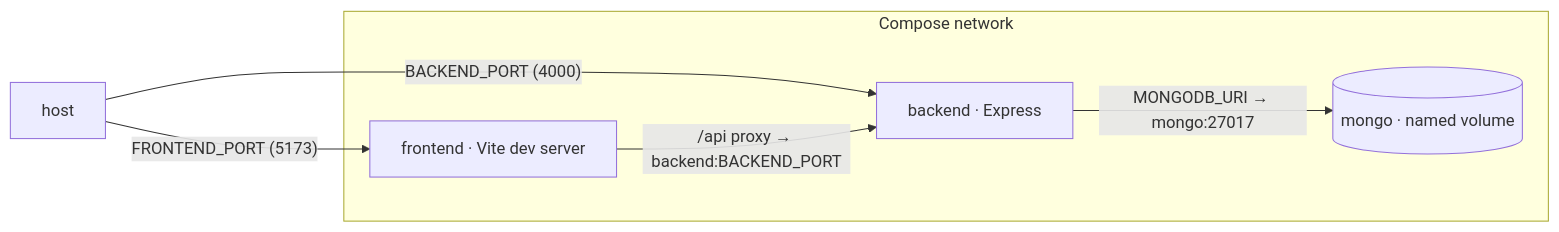
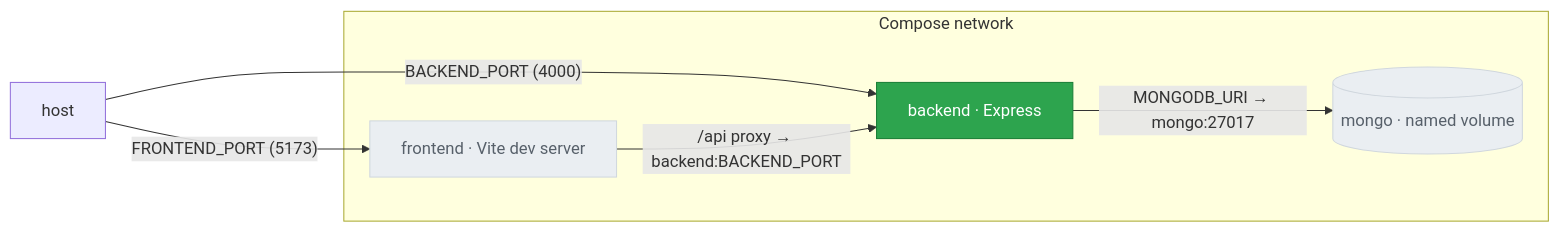
Before and after one commit to raki-rankawat/expense-tracker: the third of 5 diagrams in README.md, drawn with Mermaid. The commit also changed other lines of this file and 1 other file, not shown here.

````diff
--- a/README.md
+++ b/README.md
@@ -91,13 +92,18 @@
 ```mermaid
 flowchart LR
     HOST["host"]
     subgraph NET["Compose network"]
         FE["frontend · Vite dev server"]
         BE["backend · Express"]
         MONGO[("mongo · named volume")]
     end
     HOST -->|"FRONTEND_PORT (5173)"| FE
     HOST -->|"BACKEND_PORT (4000)"| BE
     FE -->|"/api proxy → backend:BACKEND_PORT"| BE
     BE -->|"MONGODB_URI → mongo:27017"| MONGO
+
+    classDef done fill:#2da44e,stroke:#1a7f37,color:#ffffff
+    classDef todo fill:#eaeef2,stroke:#d0d7de,color:#57606a
+    class BE done
+    class FE,MONGO todo
 ```
````
